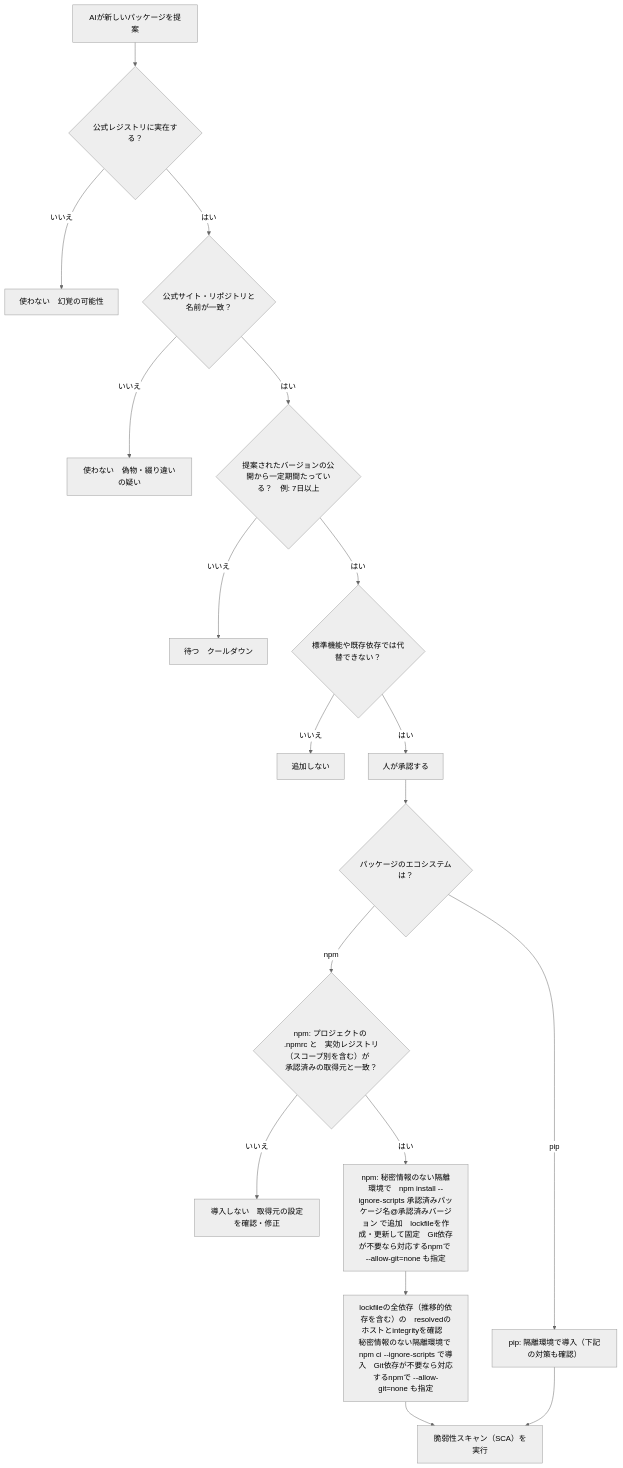
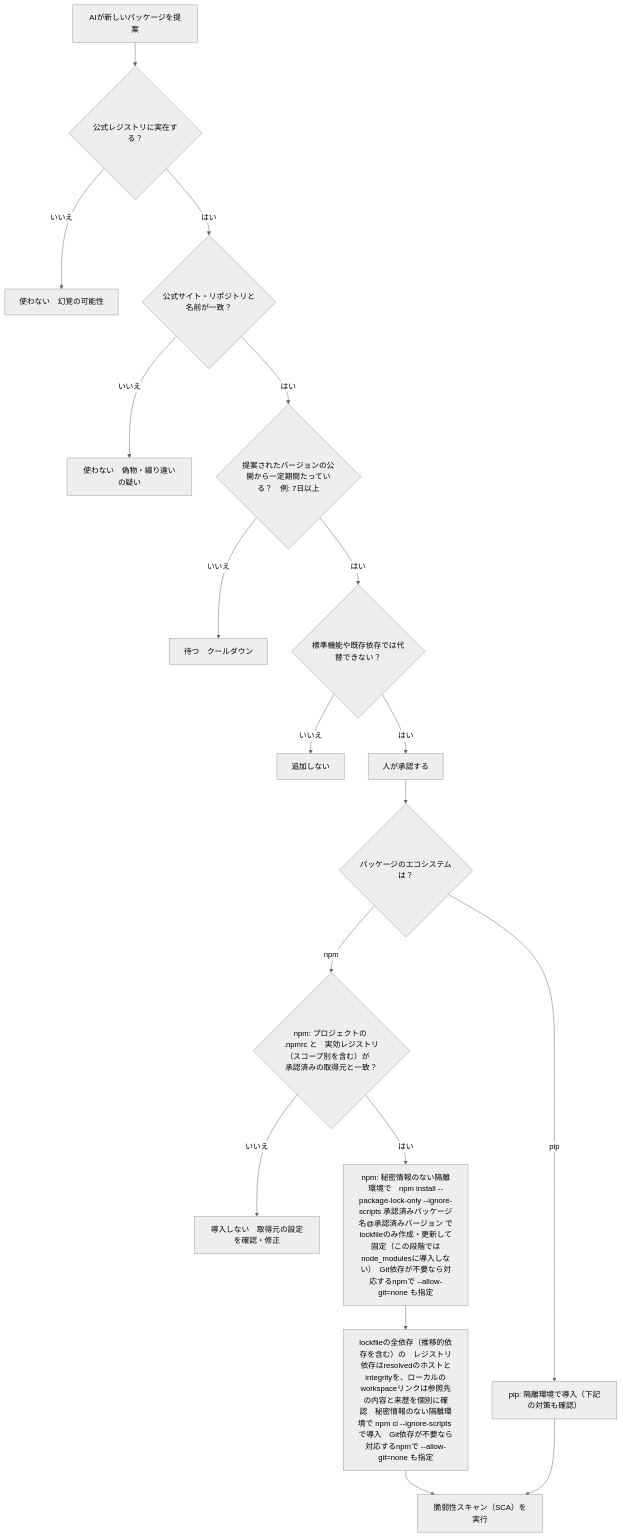
Before and after one commit to myoshi2891/Security_Studies: the sixth of 9 diagrams in Ai-coding-safety-guide.md, drawn with Mermaid (neutral theme). The commit also changed other lines of this file, not shown here.

Commit message:
docs(ai-coding): clarify npm --package-lock-only and workspace link verification

````diff
--- a/Ai-coding-safety-guide.md
+++ b/Ai-coding-safety-guide.md
@@ -484,20 +484,20 @@
 ```mermaid
 flowchart TD
     A["AIが新しいパッケージを提案"] --> B{"公式レジストリに実在する？"}
     B -->|"いいえ"| X1["使わない　幻覚の可能性"]
     B -->|"はい"| C{"公式サイト・リポジトリと名前が一致？"}
     C -->|"いいえ"| X2["使わない　偽物・綴り違いの疑い"]
     C -->|"はい"| D{"提案されたバージョンの公開から一定期間たっている？　例: 7日以上"}
     D -->|"いいえ"| X3["待つ　クールダウン"]
     D -->|"はい"| E{"標準機能や既存依存では代替できない？"}
     E -->|"いいえ"| X4["追加しない"]
     E -->|"はい"| F["人が承認する"]
     F --> P{"パッケージのエコシステムは？"}
     P -->|"npm"| R{"npm: プロジェクトの .npmrc と　実効レジストリ（スコープ別を含む）が　承認済みの取得元と一致？"}
     R -->|"いいえ"| X5["導入しない　取得元の設定を確認・修正"]
-    R -->|"はい"| G["npm: 秘密情報のない隔離環境で　npm install --ignore-scripts 承認済みパッケージ名@承認済みバージョン で追加　lockfileを作成・更新して固定　Git依存が不要なら対応するnpmで --allow-git=none も指定"]
-    G --> H["lockfileの全依存（推移的依存を含む）の　resolvedのホストとintegrityを確認　秘密情報のない隔離環境で npm ci --ignore-scripts で導入　Git依存が不要なら対応するnpmで --allow-git=none も指定"]
+    R -->|"はい"| G["npm: 秘密情報のない隔離環境で　npm install --package-lock-only --ignore-scripts 承認済みパッケージ名@承認済みバージョン でlockfileのみ作成・更新して固定（この段階ではnode_modulesに導入しない）　Git依存が不要なら対応するnpmで --allow-git=none も指定"]
+    G --> H["lockfileの全依存（推移的依存を含む）の　レジストリ依存はresolvedのホストとintegrityを、ローカルのworkspaceリンクは参照先の内容と来歴を個別に確認　秘密情報のない隔離環境で npm ci --ignore-scripts で導入　Git依存が不要なら対応するnpmで --allow-git=none も指定"]
     H --> I["脆弱性スキャン（SCA）を実行"]
     P -->|"pip"| J["pip: 隔離環境で導入（下記の対策も確認）"]
     J --> I
 ```
````
